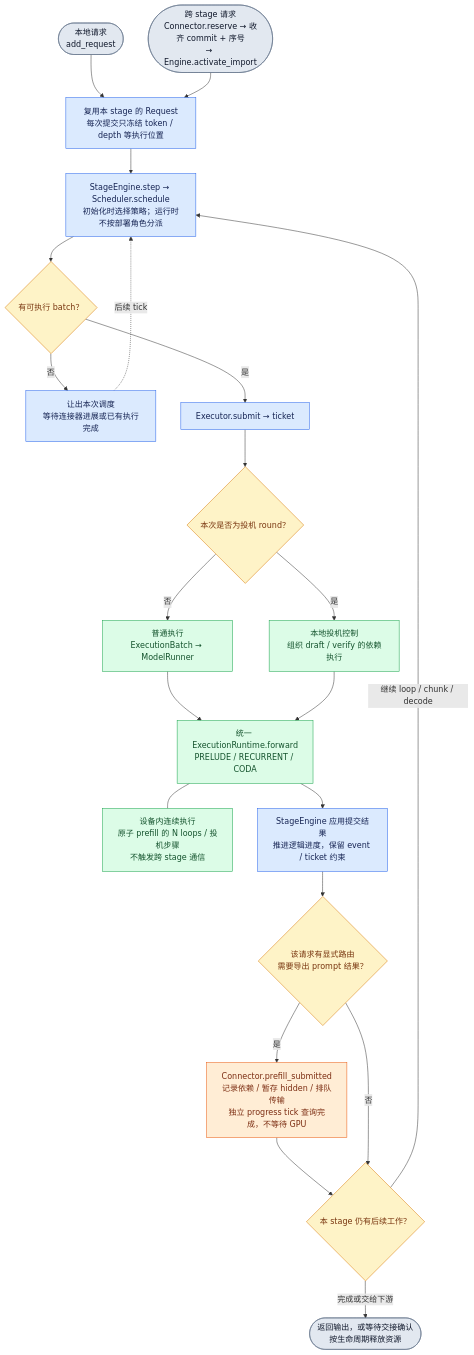
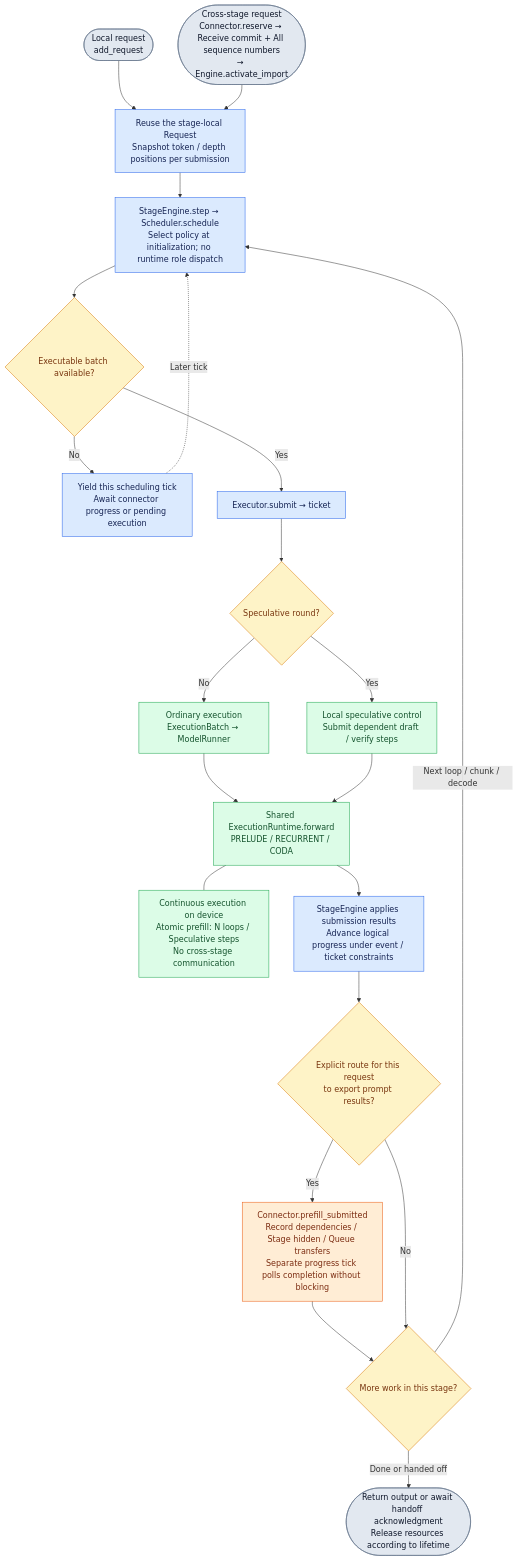
One commit to 0z5a/vllm-rlt changed the diagram in docs/diagrams/unified-forward.mmd. Above: the diagram before and after it, drawn with Mermaid. The commit also changed 14 other files, not shown here.

Commit message:
docs: document stage philosophy and translate architecture guides

```diff
--- a/docs/diagrams/unified-forward.mmd
+++ b/docs/diagrams/unified-forward.mmd
@@ -1,40 +1,40 @@
 flowchart TB
-    local(["本地请求<br/>add_request"])
-    imported(["跨 stage 请求<br/>Connector.reserve → 收齐 commit + 序号<br/>→ Engine.activate_import"])
-    req["复用本 stage 的 Request<br/>每次提交只冻结 token / depth 等执行位置"]
-    schedule["StageEngine.step → Scheduler.schedule<br/>初始化时选择策略；运行时不按部署角色分派"]
-    ready{"有可执行 batch？"}
-    wait["让出本次调度<br/>等待连接器进展或已有执行完成"]
+    local(["Local request<br/>add_request"])
+    imported(["Cross-stage request<br/>Connector.reserve → Receive commit + All sequence numbers<br/>→ Engine.activate_import"])
+    req["Reuse the stage-local Request<br/>Snapshot token / depth positions per submission"]
+    schedule["StageEngine.step → Scheduler.schedule<br/>Select policy at initialization; no runtime role dispatch"]
+    ready{"Executable batch available?"}
+    wait["Yield this scheduling tick<br/>Await connector progress or pending execution"]
     exe["Executor.submit → ticket"]
-    mode{"本次是否为投机 round？"}
-    ordinary["普通执行<br/>ExecutionBatch → ModelRunner"]
-    speculative["本地投机控制<br/>组织 draft / verify 的依赖执行"]
-    forward["统一 ExecutionRuntime.forward<br/>PRELUDE / RECURRENT / CODA"]
-    resident["设备内连续执行<br/>原子 prefill 的 N loops / 投机步骤<br/>不触发跨 stage 通信"]
-    progress["StageEngine 应用提交结果<br/>推进逻辑进度，保留 event / ticket 约束"]
-    route{"该请求有显式路由<br/>需要导出 prompt 结果？"}
-    export["Connector.prefill_submitted<br/>记录依赖 / 暂存 hidden / 排队传输<br/>独立 progress tick 查询完成，不等待 GPU"]
-    next{"本 stage 仍有后续工作？"}
-    done(["返回输出，或等待交接确认<br/>按生命周期释放资源"])
+    mode{"Speculative round?"}
+    ordinary["Ordinary execution<br/>ExecutionBatch → ModelRunner"]
+    speculative["Local speculative control<br/>Submit dependent draft / verify steps"]
+    forward["Shared ExecutionRuntime.forward<br/>PRELUDE / RECURRENT / CODA"]
+    resident["Continuous execution on device<br/>Atomic prefill: N loops / Speculative steps<br/>No cross-stage communication"]
+    progress["StageEngine applies submission results<br/>Advance logical progress under event / ticket constraints"]
+    route{"Explicit route for this request<br/>to export prompt results?"}
+    export["Connector.prefill_submitted<br/>Record dependencies / Stage hidden / Queue transfers<br/>Separate progress tick polls completion without blocking"]
+    next{"More work in this stage?"}
+    done(["Return output or await handoff acknowledgment<br/>Release resources according to lifetime"])
     local & imported --> req --> schedule --> ready
-    ready -->|否| wait
-    wait -.->|后续 tick| schedule
-    ready -->|是| exe --> mode
-    mode -->|否| ordinary --> forward
-    mode -->|是| speculative --> forward
+    ready -->|No| wait
+    wait -.->|Later tick| schedule
+    ready -->|Yes| exe --> mode
+    mode -->|No| ordinary --> forward
+    mode -->|Yes| speculative --> forward
     forward --- resident
     forward --> progress --> route
-    route -->|是| export --> next
-    route -->|否| next
-    next -->|继续 loop / chunk / decode| schedule
-    next -->|完成或交给下游| done
+    route -->|Yes| export --> next
+    route -->|No| next
+    next -->|Next loop / chunk / decode| schedule
+    next -->|Done or handed off| done
     classDef entry fill:#e2e8f0,stroke:#64748b,color:#0f172a;
     classDef control fill:#dbeafe,stroke:#2563eb,color:#172554;
     classDef compute fill:#dcfce7,stroke:#16a34a,color:#14532d;
     classDef decide fill:#fef3c7,stroke:#d97706,color:#78350f;
     classDef transport fill:#ffedd5,stroke:#ea580c,color:#7c2d12;
     class local,imported,done entry;
     class req,schedule,exe,progress,wait control;
     class ordinary,speculative,forward,resident compute;
     class ready,mode,route,next decide;
     class export transport;
```
